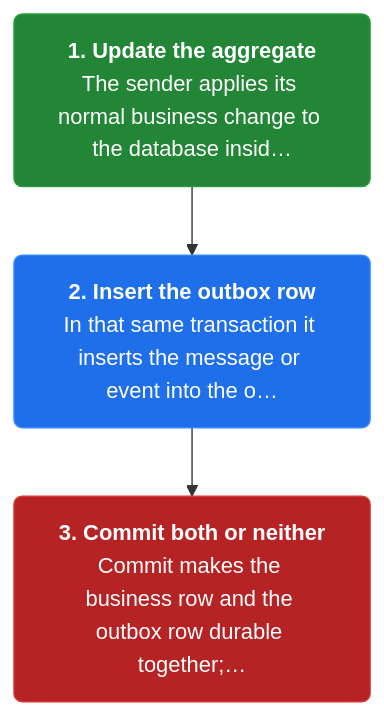
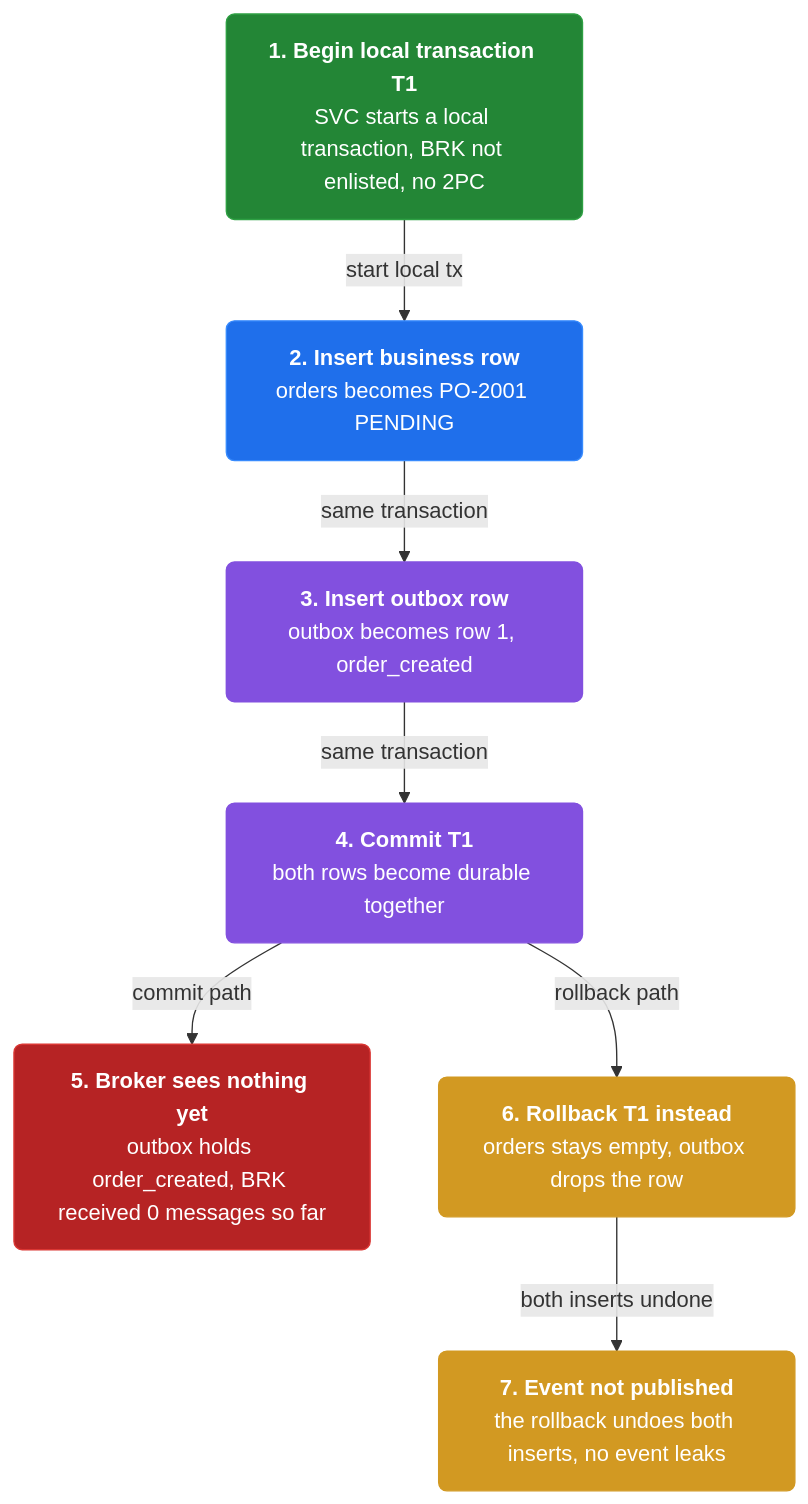
One commit to vinayakuber/microservices-io-study-guide changed the first of 4 diagrams in docs/ch14-transactional-outbox.md. Above: the diagram before and after it, drawn with Mermaid. The commit also changed other lines of this file and 46 other files, not shown here.

First line of the commit message:
Author rich branching flow diagrams for all 44 chapters

````diff
--- a/docs/ch14-transactional-outbox.md
+++ b/docs/ch14-transactional-outbox.md
@@ -13,11 +13,21 @@
 ```mermaid
 flowchart TD
-  classDef step fill:#1f6feb,color:#ffffff,stroke:#388bfd,stroke-width:1px,rx:6
+  classDef step fill:#1f6feb,color:#ffffff,stroke:#388bfd,rx:6
+  classDef core fill:#8250df,color:#ffffff,stroke:#8250df,rx:6
+  classDef warn fill:#d29922,color:#ffffff,stroke:#d29922,rx:6
   classDef start fill:#238636,color:#ffffff,stroke:#2ea043,rx:6
   classDef stop fill:#b62324,color:#ffffff,stroke:#da3633,rx:6
-  s0n0["<b>1. Update the aggregate</b><br/>The sender applies its normal business change to the database insid…"]:::start
-  s0n1["<b>2. Insert the outbox row</b><br/>In that same transaction it inserts the message or event into the o…"]:::step
-  s0n2["<b>3. Commit both or neither</b><br/>Commit makes the business row and the outbox row durable together;…"]:::stop
-  s0n0 --> s0n1
-  s0n1 --> s0n2
+  n0["<b>1. Begin local transaction T1</b><br/>SVC starts a local transaction, BRK not enlisted, no 2PC"]:::start
+  n1["<b>2. Insert business row</b><br/>orders becomes PO-2001 PENDING"]:::step
+  n2["<b>3. Insert outbox row</b><br/>outbox becomes row 1, order_created"]:::core
+  n3["<b>4. Commit T1</b><br/>both rows become durable together"]:::core
+  n4["<b>5. Broker sees nothing yet</b><br/>outbox holds order_created, BRK received 0 messages so far"]:::stop
+  n5["<b>6. Rollback T1 instead</b><br/>orders stays empty, outbox drops the row"]:::warn
+  n6["<b>7. Event not published</b><br/>the rollback undoes both inserts, no event leaks"]:::warn
+  n0 -->|"start local tx"| n1
+  n1 -->|"same transaction"| n2
+  n2 -->|"same transaction"| n3
+  n3 -->|"commit path"| n4
+  n3 -->|"rollback path"| n5
+  n5 -->|"both inserts undone"| n6
 ```
````
